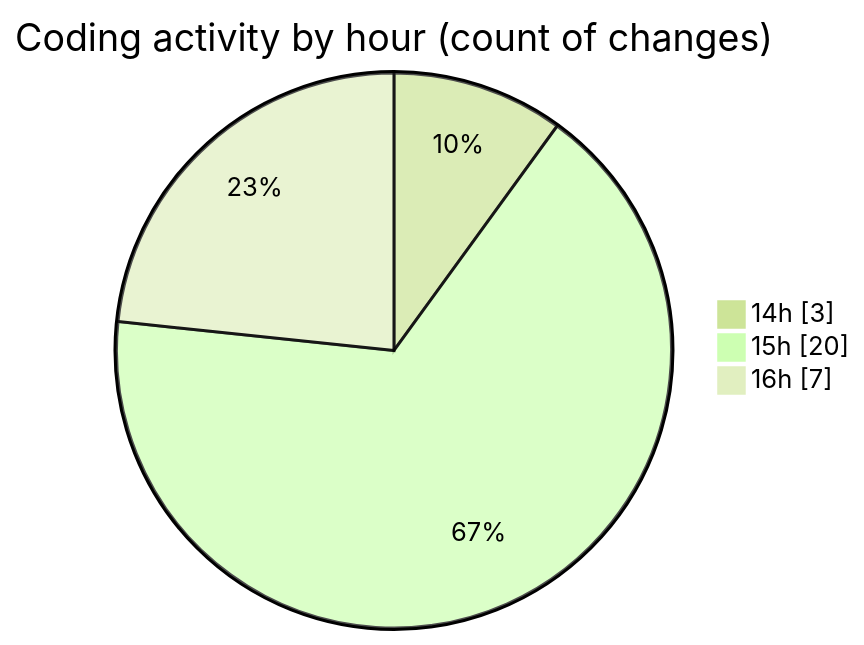
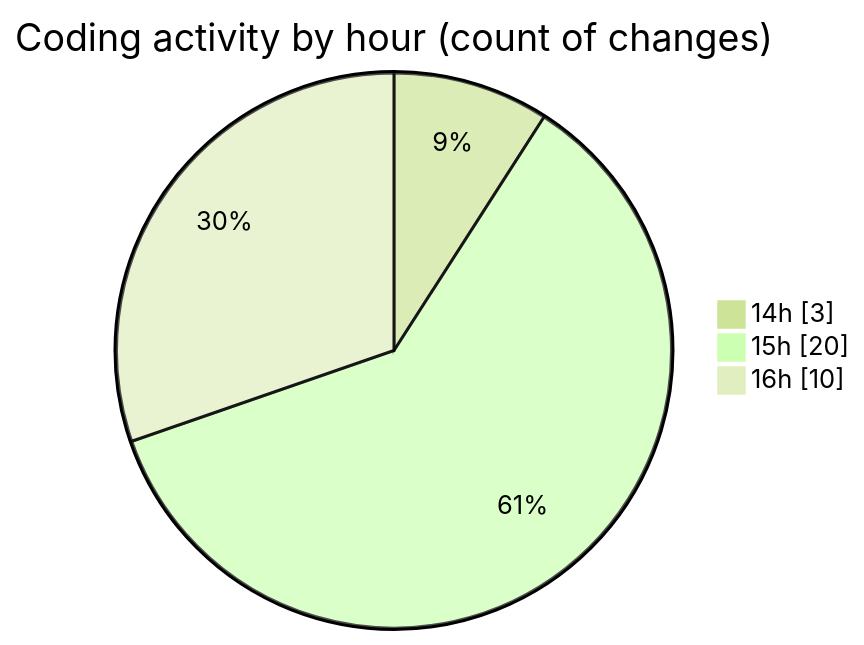
Before and after one commit to nxtqubesakshisongat/code-tracking: the second of 2 diagrams in 2025-06-02/nxtqube_webapp/README.md, drawn with Mermaid (forest theme). The commit also changed other lines of this file and 1 other file, not shown here.

````diff
--- a/2025-06-02/nxtqube_webapp/README.md
+++ b/2025-06-02/nxtqube_webapp/README.md
@@ -29,7 +29,7 @@
 ```mermaid
 pie showData
 title Coding activity by hour (count of changes)
 "14h" : 3
 "15h" : 20
-"16h" : 7
+"16h" : 10
 ```
````
